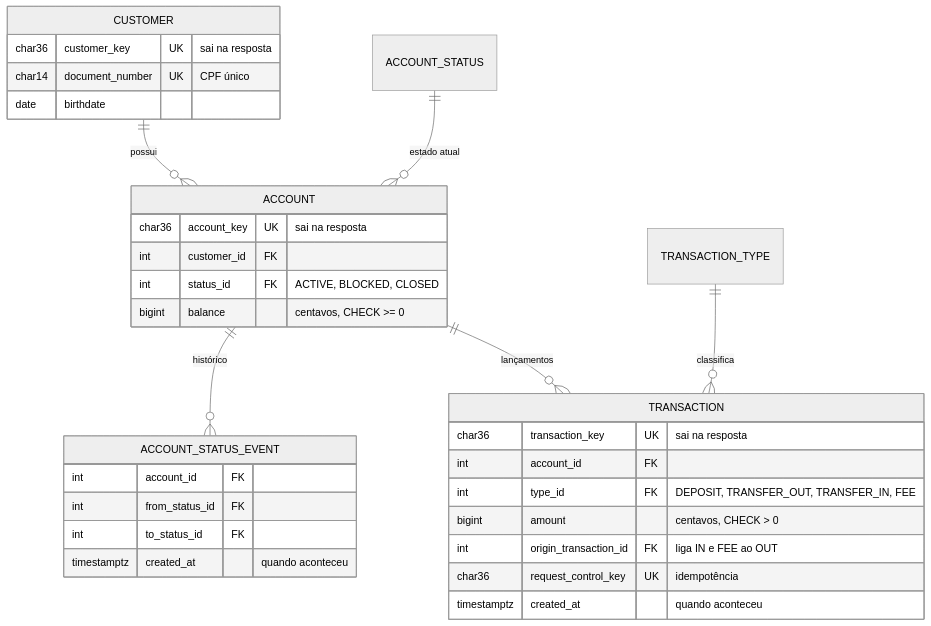
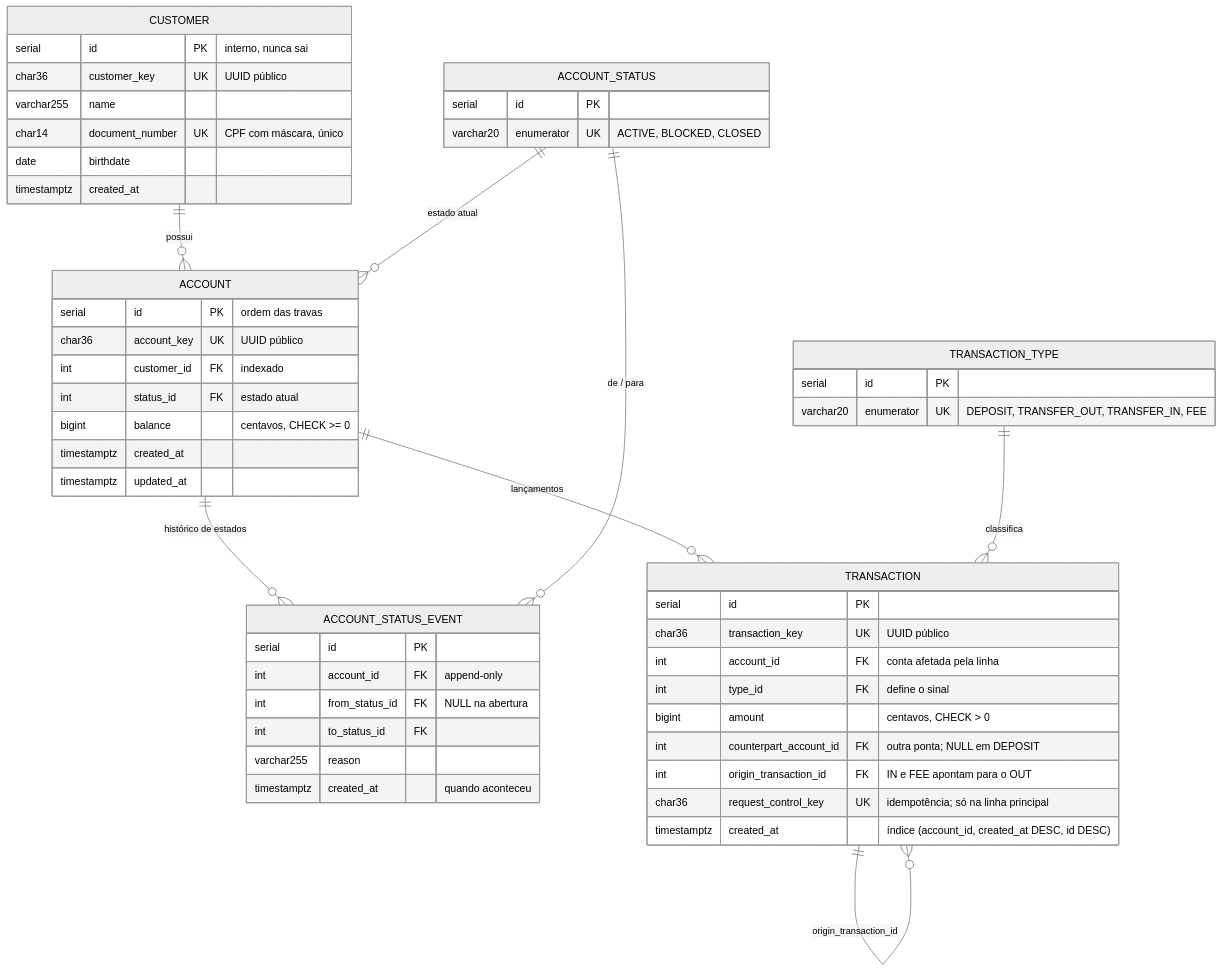
The second of 4 diagrams in docs/rfc/RFC.md (phprestes/Bootcamp-QI-Tech), drawn with Mermaid (neutral theme) before and after one commit. The commit also changed other lines of this file and 2 other files, not shown here.

````diff
--- a/docs/rfc/RFC.md
+++ b/docs/rfc/RFC.md
@@ -71,34 +117,55 @@
 ```mermaid
 erDiagram
     CUSTOMER ||--o{ ACCOUNT : "possui"
     ACCOUNT_STATUS ||--o{ ACCOUNT : "estado atual"
-    ACCOUNT ||--o{ ACCOUNT_STATUS_EVENT : "histórico"
+    ACCOUNT ||--o{ ACCOUNT_STATUS_EVENT : "histórico de estados"
+    ACCOUNT_STATUS ||--o{ ACCOUNT_STATUS_EVENT : "de / para"
     ACCOUNT ||--o{ TRANSACTION : "lançamentos"
     TRANSACTION_TYPE ||--o{ TRANSACTION : "classifica"
+    TRANSACTION ||--o{ TRANSACTION : "origin_transaction_id"
+
     CUSTOMER {
-        char36 customer_key UK "sai na resposta"
-        char14 document_number UK "CPF único"
+        serial id PK "interno, nunca sai"
+        char36 customer_key UK "UUID público"
+        varchar255 name
+        char14 document_number UK "CPF com máscara, único"
         date birthdate
+        timestamptz created_at
     }
     ACCOUNT {
-        char36 account_key UK "sai na resposta"
-        int customer_id FK
-        int status_id FK "ACTIVE, BLOCKED, CLOSED"
+        serial id PK "ordem das travas"
+        char36 account_key UK "UUID público"
+        int customer_id FK "indexado"
+        int status_id FK "estado atual"
         bigint balance "centavos, CHECK >= 0"
+        timestamptz created_at
+        timestamptz updated_at
+    }
+    ACCOUNT_STATUS {
+        serial id PK
+        varchar20 enumerator UK "ACTIVE, BLOCKED, CLOSED"
     }
     ACCOUNT_STATUS_EVENT {
-        int account_id FK
-        int from_status_id FK
+        serial id PK
+        int account_id FK "append-only"
+        int from_status_id FK "NULL na abertura"
         int to_status_id FK
+        varchar255 reason
         timestamptz created_at "quando aconteceu"
     }
+    TRANSACTION_TYPE {
+        serial id PK
+        varchar20 enumerator UK "DEPOSIT, TRANSFER_OUT, TRANSFER_IN, FEE"
+    }
     TRANSACTION {
-        char36 transaction_key UK "sai na resposta"
-        int account_id FK
-        int type_id FK "DEPOSIT, TRANSFER_OUT, TRANSFER_IN, FEE"
+        serial id PK
+        char36 transaction_key UK "UUID público"
+        int account_id FK "conta afetada pela linha"
+        int type_id FK "define o sinal"
         bigint amount "centavos, CHECK > 0"
-        int origin_transaction_id FK "liga IN e FEE ao OUT"
-        char36 request_control_key UK "idempotência"
-        timestamptz created_at "quando aconteceu"
+        int counterpart_account_id FK "outra ponta; NULL em DEPOSIT"
+        int origin_transaction_id FK "IN e FEE apontam para o OUT"
+        char36 request_control_key UK "idempotência; só na linha principal"
+        timestamptz created_at "índice (account_id, created_at DESC, id DESC)"
     }
 ```
````
